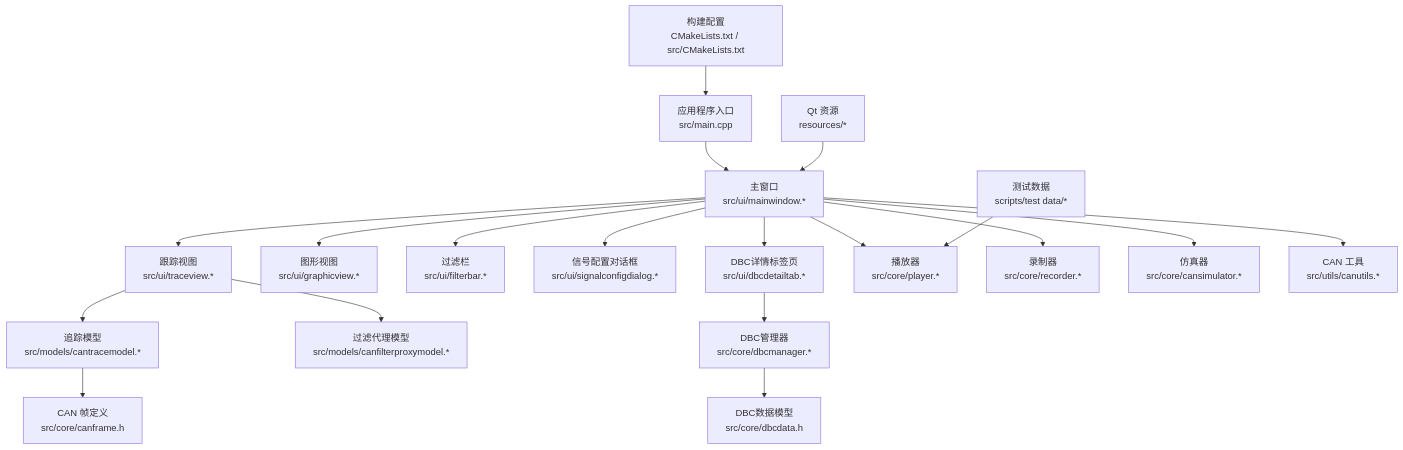
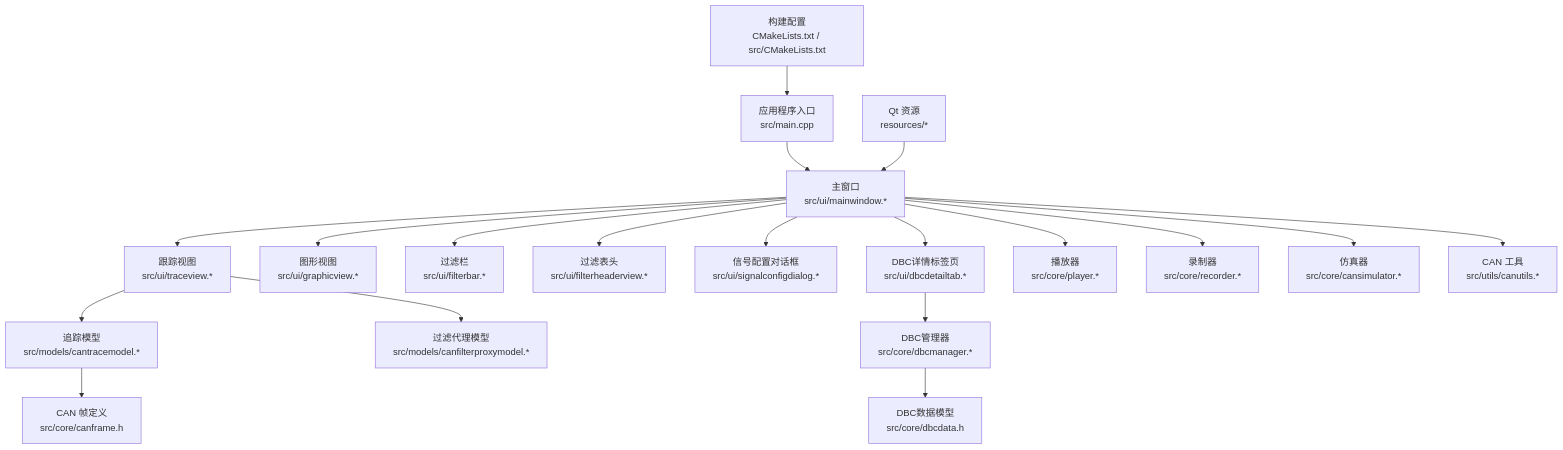
The first of 7 diagrams in .qoder/repowiki/zh/content/项目概述/CAN总线分析工具.md (jakecai1225-design/OpenBus), drawn with Mermaid before and after one commit. The commit also changed other lines of this file and 13 other files, not shown here.

````diff
--- a/.qoder/repowiki/zh/content/项目概述/CAN总线分析工具.md
+++ b/.qoder/repowiki/zh/content/项目概述/CAN总线分析工具.md
@@ -73,21 +76,21 @@
 ```mermaid
 graph TB
 A["应用程序入口<br/>src/main.cpp"] --> B["主窗口<br/>src/ui/mainwindow.*"]
 B --> C["跟踪视图<br/>src/ui/traceview.*"]
 B --> D["图形视图<br/>src/ui/graphicview.*"]
 B --> E["过滤栏<br/>src/ui/filterbar.*"]
-B --> F["信号配置对话框<br/>src/ui/signalconfigdialog.*"]
-B --> G["DBC详情标签页<br/>src/ui/dbcdetailtab.*"]
-C --> H["追踪模型<br/>src/models/cantracemodel.*"]
-C --> I["过滤代理模型<br/>src/models/canfilterproxymodel.*"]
-G --> J["DBC管理器<br/>src/core/dbcmanager.*"]
-H --> K["CAN 帧定义<br/>src/core/canframe.h"]
-J --> L["DBC数据模型<br/>src/core/dbcdata.h"]
-B --> M["播放器<br/>src/core/player.*"]
-B --> N["录制器<br/>src/core/recorder.*"]
-B --> O["仿真器<br/>src/core/cansimulator.*"]
-B --> P["CAN 工具<br/>src/utils/canutils.*"]
-Q["构建配置<br/>CMakeLists.txt / src/CMakeLists.txt"] --> A
-R["Qt 资源<br/>resources/*"] --> B
-S["测试数据<br/>scripts/test data/*"] --> M
+B --> F["过滤表头<br/>src/ui/filterheaderview.*"]
+B --> G["信号配置对话框<br/>src/ui/signalconfigdialog.*"]
+B --> H["DBC详情标签页<br/>src/ui/dbcdetailtab.*"]
+C --> I["追踪模型<br/>src/models/cantracemodel.*"]
+C --> J["过滤代理模型<br/>src/models/canfilterproxymodel.*"]
+H --> K["DBC管理器<br/>src/core/dbcmanager.*"]
+I --> L["CAN 帧定义<br/>src/core/canframe.h"]
+K --> M["DBC数据模型<br/>src/core/dbcdata.h"]
+B --> N["播放器<br/>src/core/player.*"]
+B --> O["录制器<br/>src/core/recorder.*"]
+B --> P["仿真器<br/>src/core/cansimulator.*"]
+B --> Q["CAN 工具<br/>src/utils/canutils.*"]
+R["构建配置<br/>CMakeLists.txt / src/CMakeLists.txt"] --> A
+S["Qt 资源<br/>resources/*"] --> B
 ```
````
